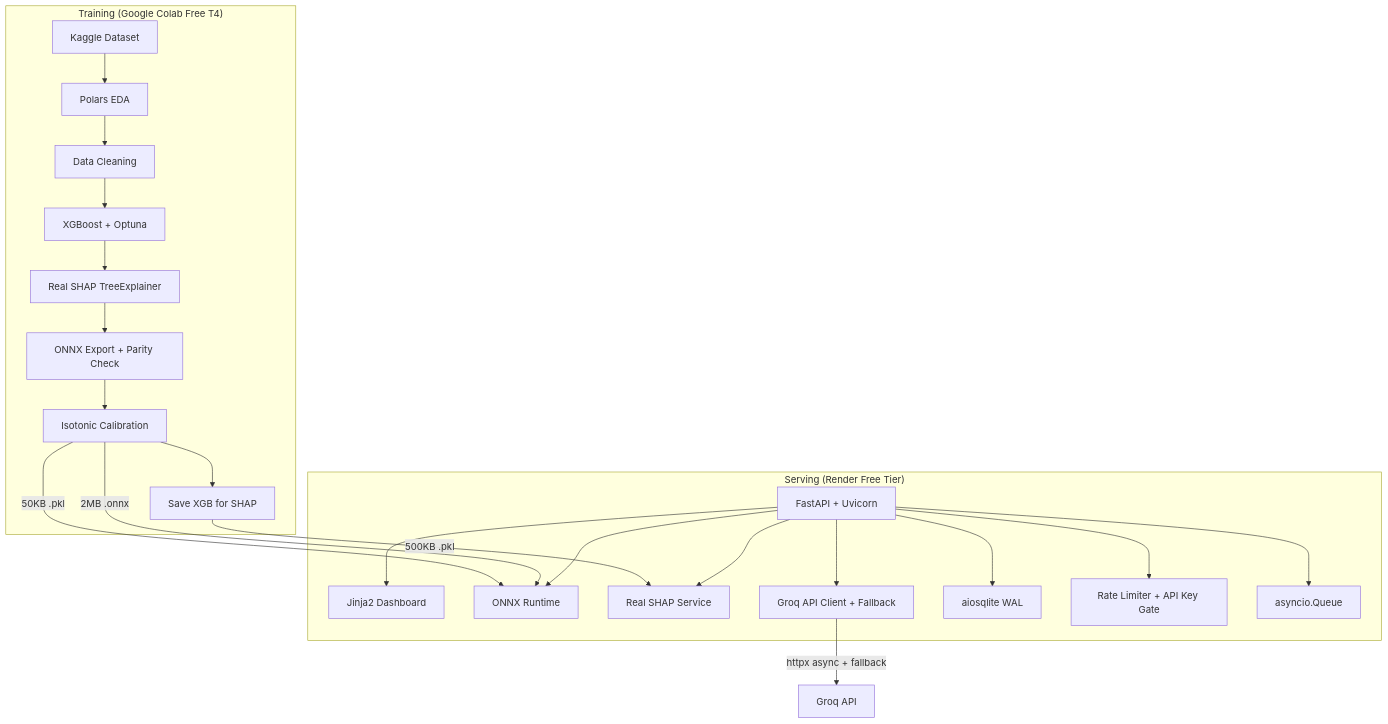
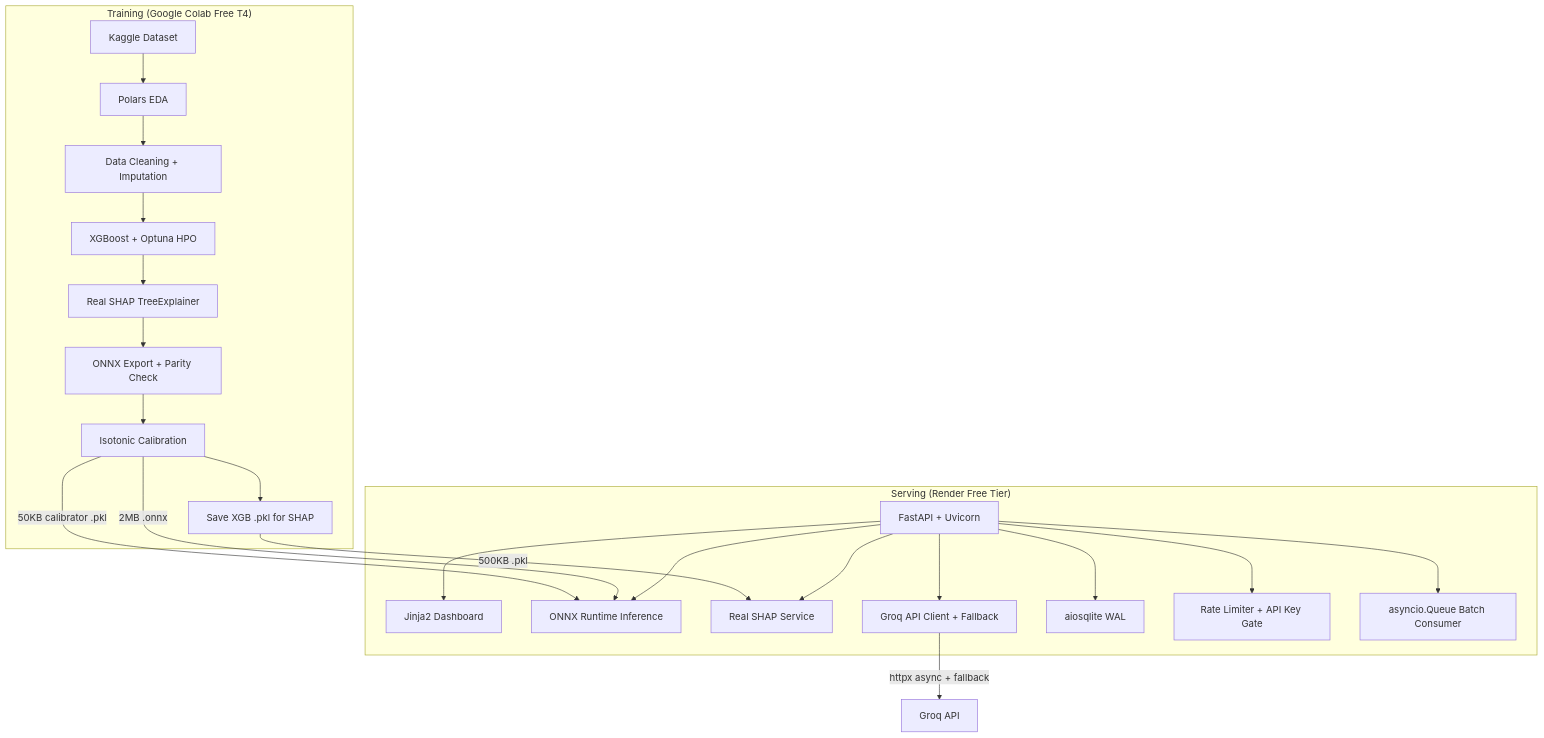
Before and after one commit to GokavalasaHemanthNaidu/Soochak: the diagram in docs/architecture.md, drawn with Mermaid. The commit also changed other lines of this file and 11 other files, not shown here.

````diff
--- a/docs/architecture.md
+++ b/docs/architecture.md
@@ -57,27 +74,27 @@
 ```mermaid
 graph TB
     subgraph Training["Training (Google Colab Free T4)"]
         A[Kaggle Dataset] --> B[Polars EDA]
-        B --> C[Data Cleaning]
-        C --> D[XGBoost + Optuna]
+        B --> C[Data Cleaning + Imputation]
+        C --> D[XGBoost + Optuna HPO]
         D --> E[Real SHAP TreeExplainer]
         E --> F[ONNX Export + Parity Check]
         F --> G[Isotonic Calibration]
-        G --> H[Save XGB for SHAP]
+        G --> H[Save XGB .pkl for SHAP]
     end
 
     subgraph Serving["Serving (Render Free Tier)"]
         I[FastAPI + Uvicorn] --> J[Jinja2 Dashboard]
-        I --> K[ONNX Runtime]
+        I --> K[ONNX Runtime Inference]
         I --> L[Real SHAP Service]
         I --> M[Groq API Client + Fallback]
         I --> N[aiosqlite WAL]
         I --> O[Rate Limiter + API Key Gate]
-        I --> P[asyncio.Queue]
+        I --> P[asyncio.Queue Batch Consumer]
     end
 
     H -->|500KB .pkl| L
     G -->|2MB .onnx| K
-    G -->|50KB .pkl| K
+    G -->|50KB calibrator .pkl| K
     M -->|httpx async + fallback| Q[Groq API]
 ```
````
